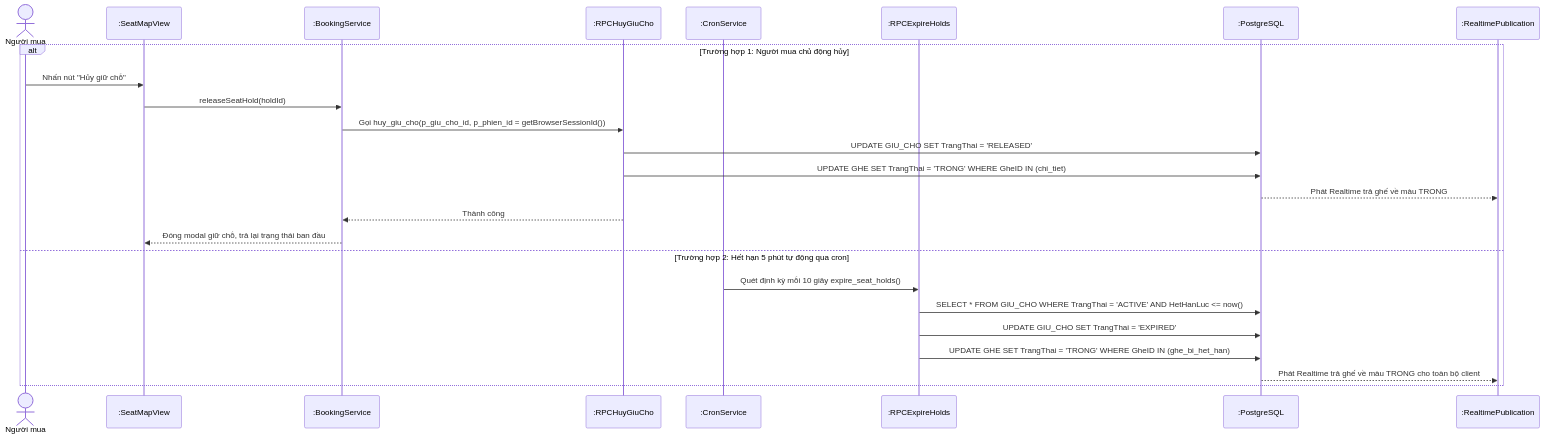
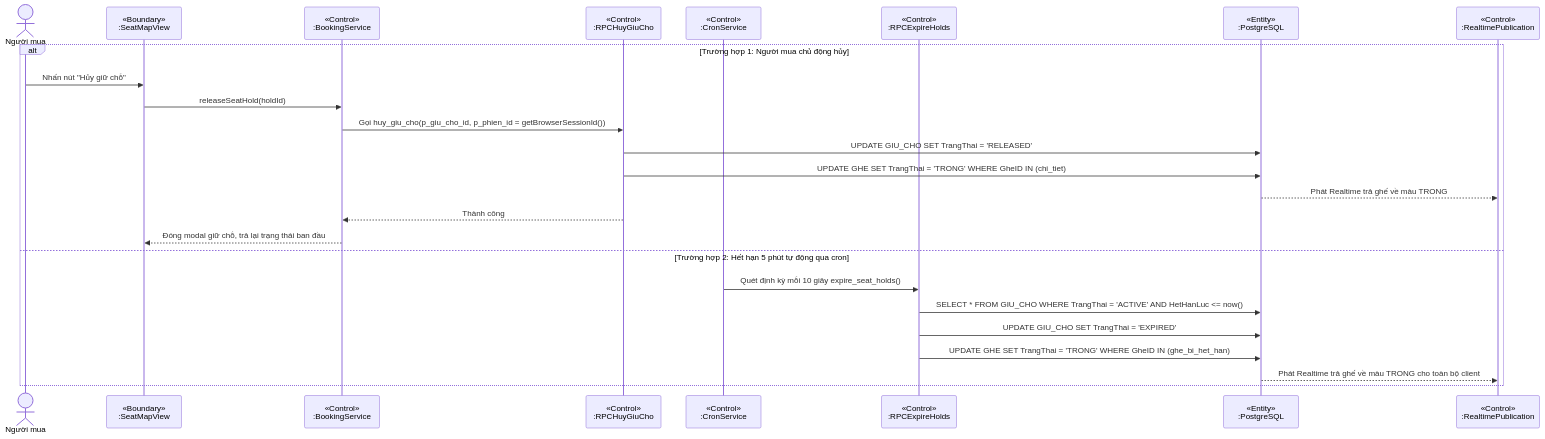
One commit to minhdc2011/EVENTTICKETING changed diagram 15 of 16 in docs/sprint1-deliverables/02_ANALYSIS_AND_SYSTEM_DESIGN.md. Above: the diagram before and after it, drawn with Mermaid. The commit also changed other lines of this file, not shown here.

Commit message:
docs: add BCE stereotypes to sequence diagram lifelines

````diff
--- a/docs/sprint1-deliverables/02_ANALYSIS_AND_SYSTEM_DESIGN.md
+++ b/docs/sprint1-deliverables/02_ANALYSIS_AND_SYSTEM_DESIGN.md
@@ -1011,28 +1013,28 @@
 ```mermaid
 sequenceDiagram
   actor U as Người mua
-  participant UI as :SeatMapView
-  participant BS as :BookingService
-  participant RPC_HUY as :RPCHuyGiuCho
-  participant CRON as :CronService
-  participant RPC_EXP as :RPCExpireHolds
-  participant DB as :PostgreSQL
-  participant WS as :RealtimePublication
+  participant UI as «Boundary»<br/>:SeatMapView
+  participant BS as «Control»<br/>:BookingService
+  participant RPC_HUY as «Control»<br/>:RPCHuyGiuCho
+  participant CRON as «Control»<br/>:CronService
+  participant RPC_EXP as «Control»<br/>:RPCExpireHolds
+  participant DB as «Entity»<br/>:PostgreSQL
+  participant WS as «Control»<br/>:RealtimePublication
 
   alt Trường hợp 1: Người mua chủ động hủy
     U->>UI: Nhấn nút "Hủy giữ chỗ"
     UI->>BS: releaseSeatHold(holdId)
     BS->>RPC_HUY: Gọi huy_giu_cho(p_giu_cho_id, p_phien_id = getBrowserSessionId())
     RPC_HUY->>DB: UPDATE GIU_CHO SET TrangThai = 'RELEASED'
     RPC_HUY->>DB: UPDATE GHE SET TrangThai = 'TRONG' WHERE GheID IN (chi_tiet)
     DB-->>WS: Phát Realtime trả ghế về màu TRONG
     RPC_HUY-->>BS: Thành công
     BS-->>UI: Đóng modal giữ chỗ, trả lại trạng thái ban đầu
   else Trường hợp 2: Hết hạn 5 phút tự động qua cron
     CRON->>RPC_EXP: Quét định kỳ mỗi 10 giây expire_seat_holds()
     RPC_EXP->>DB: SELECT * FROM GIU_CHO WHERE TrangThai = 'ACTIVE' AND HetHanLuc <= now()
     RPC_EXP->>DB: UPDATE GIU_CHO SET TrangThai = 'EXPIRED'
     RPC_EXP->>DB: UPDATE GHE SET TrangThai = 'TRONG' WHERE GheID IN (ghe_bi_het_han)
     DB-->>WS: Phát Realtime trả ghế về màu TRONG cho toàn bộ client
   end
 ```
````
